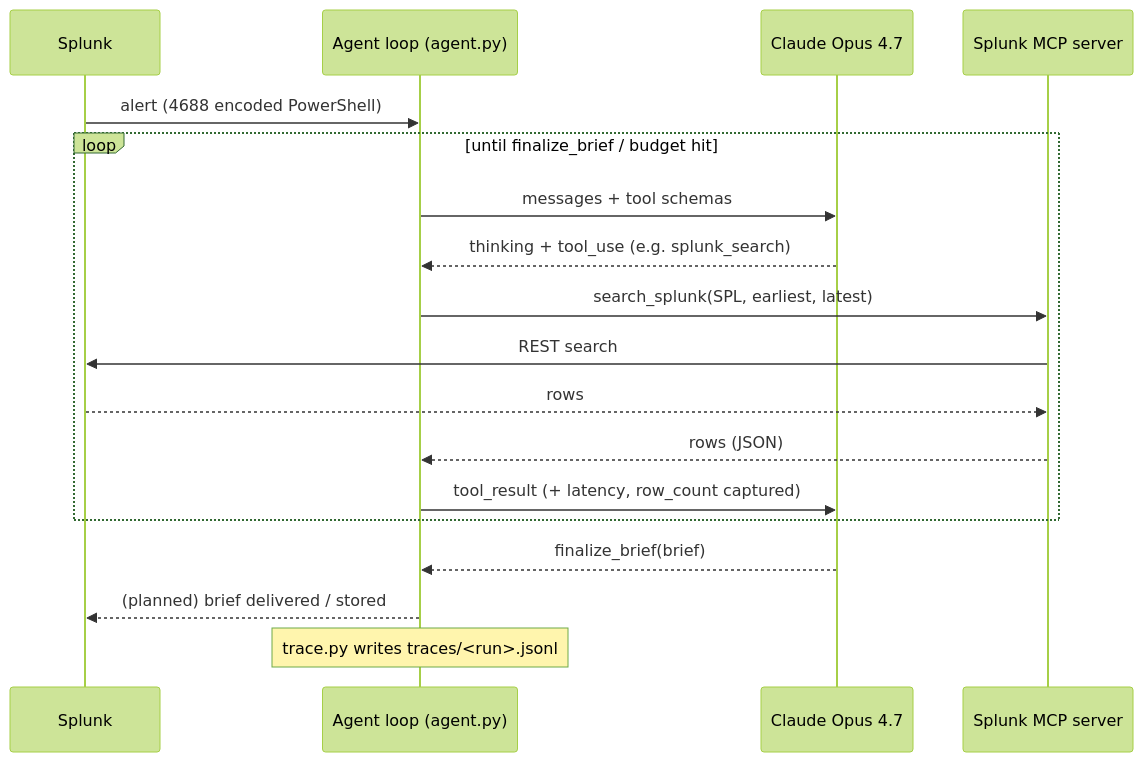
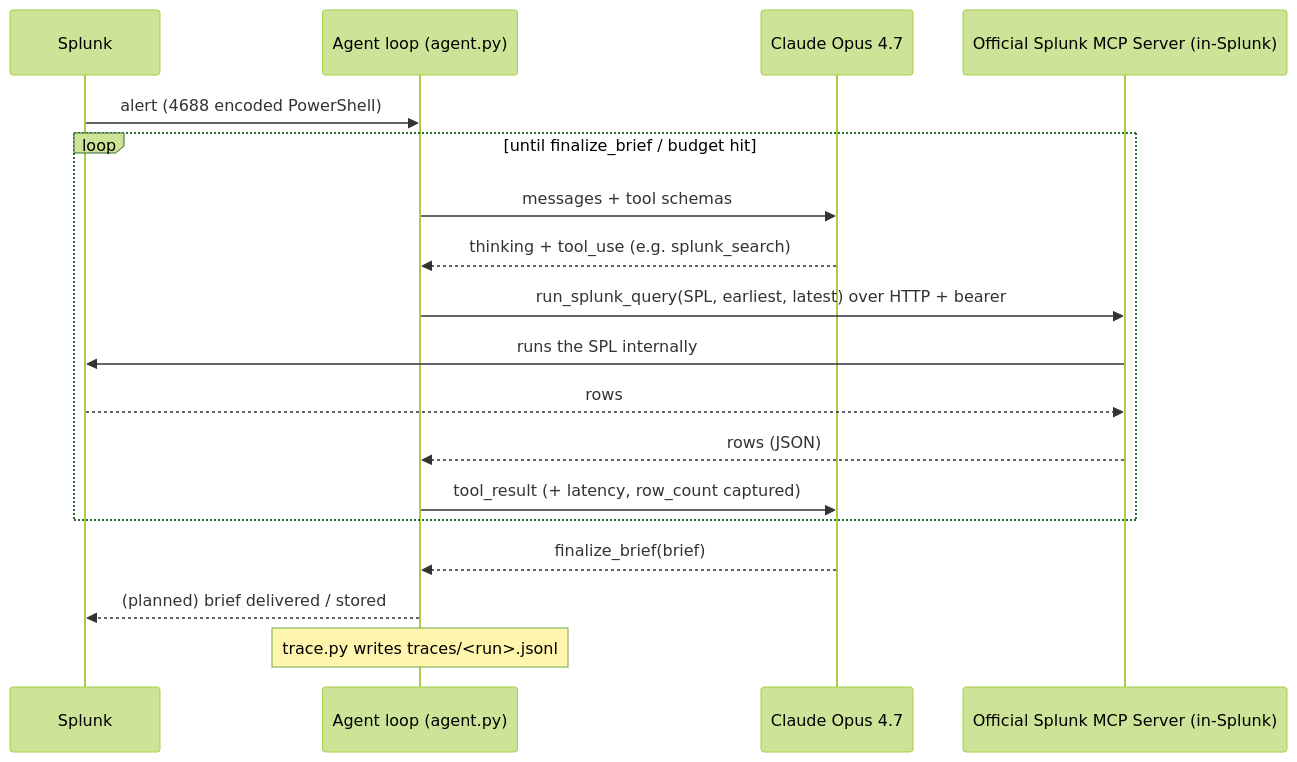
The second of 2 diagrams in architecture_diagram.md (arezzio/ops-narrator), drawn with Mermaid (forest theme) before and after one commit. The commit also changed other lines of this file and 5 other files, not shown here.

````diff
--- a/architecture_diagram.md
+++ b/architecture_diagram.md
@@ -53,21 +53,21 @@
 ```mermaid
 sequenceDiagram
     participant Splunk
     participant App as Agent loop (agent.py)
     participant Claude as Claude Opus 4.7
-    participant MCP as Splunk MCP server
+    participant MCP as Official Splunk MCP Server (in-Splunk)
 
     Splunk->>App: alert (4688 encoded PowerShell)
     loop until finalize_brief / budget hit
         App->>Claude: messages + tool schemas
         Claude-->>App: thinking + tool_use (e.g. splunk_search)
-        App->>MCP: search_splunk(SPL, earliest, latest)
-        MCP->>Splunk: REST search
+        App->>MCP: run_splunk_query(SPL, earliest, latest) over HTTP + bearer
+        MCP->>Splunk: runs the SPL internally
         Splunk-->>MCP: rows
         MCP-->>App: rows (JSON)
         App->>Claude: tool_result (+ latency, row_count captured)
     end
     Claude-->>App: finalize_brief(brief)
     App-->>Splunk: (planned) brief delivered / stored
     Note over App: trace.py writes traces/<run>.jsonl
 ```
````
